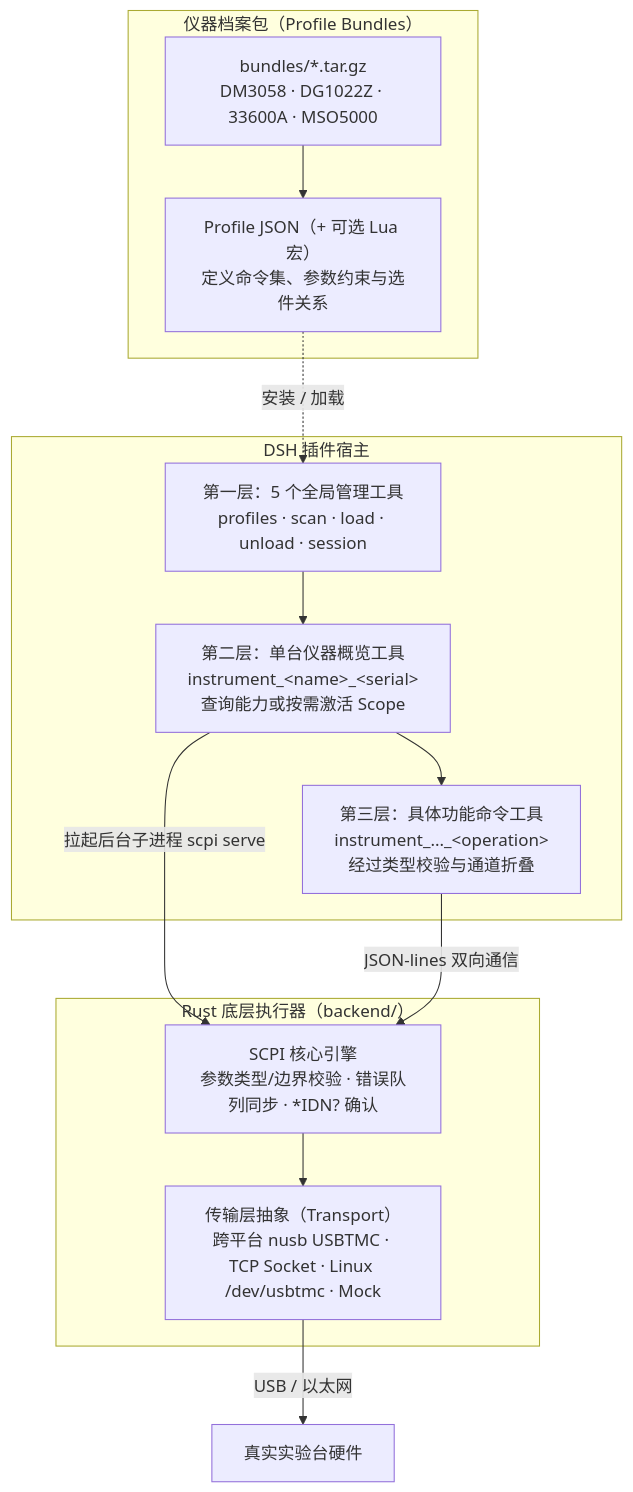
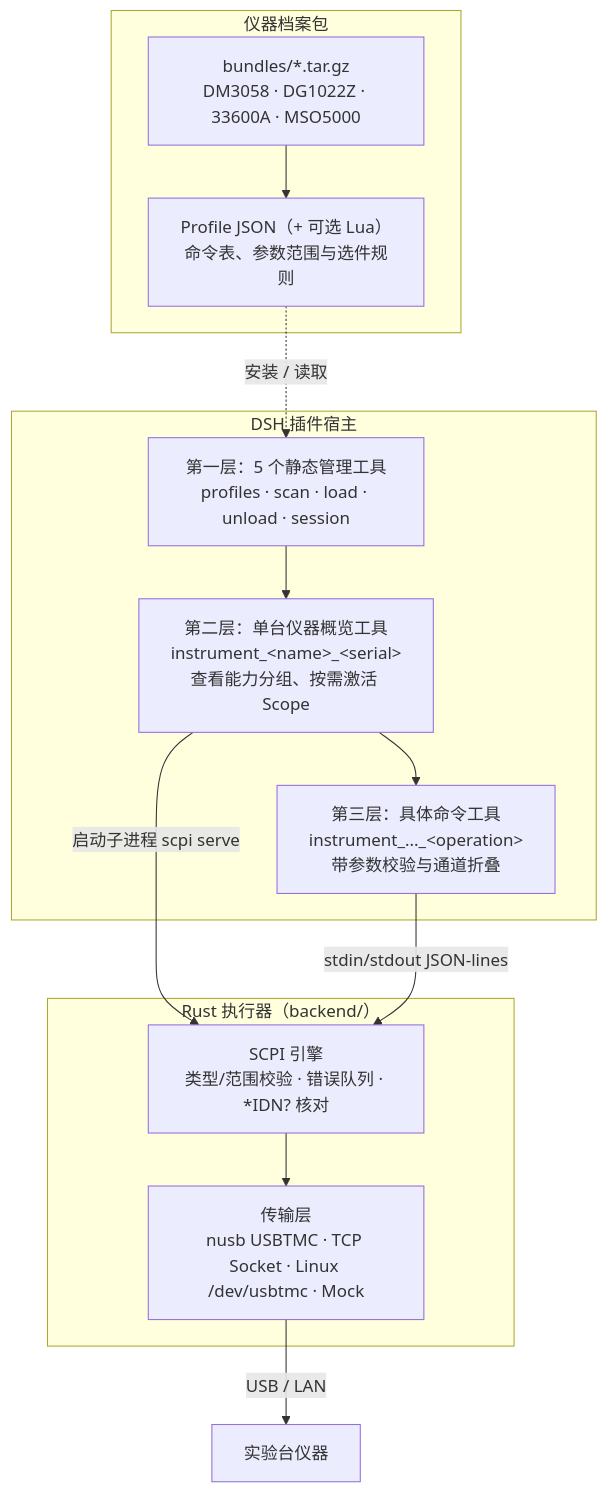
One commit to ZhiYi-R/dsh-electronic-engineering changed the diagram in README.md. Above: the diagram before and after it, drawn with Mermaid. The commit also changed other lines of this file and 25 other files, not shown here.

````diff
--- a/README.md
+++ b/README.md
@@ -66,26 +69,26 @@
 ```mermaid
 flowchart TB
   subgraph DSH["DSH 插件宿主"]
-    basic["第一层：5 个全局管理工具<br/>profiles · scan · load · unload · session"]
-    instrument["第二层：单台仪器概览工具<br/>instrument_&lt;name&gt;_&lt;serial&gt;<br/>查询能力或按需激活 Scope"]
-    tools["第三层：具体功能命令工具<br/>instrument_..._&lt;operation&gt;<br/>经过类型校验与通道折叠"]
+    basic["第一层：5 个静态管理工具<br/>profiles · scan · load · unload · session"]
+    instrument["第二层：单台仪器概览工具<br/>instrument_&lt;name&gt;_&lt;serial&gt;<br/>查看能力分组、按需激活 Scope"]
+    tools["第三层：具体命令工具<br/>instrument_..._&lt;operation&gt;<br/>带参数校验与通道折叠"]
     basic --> instrument --> tools
   end
 
-  subgraph PACK["仪器档案包（Profile Bundles）"]
+  subgraph PACK["仪器档案包"]
     bundles["bundles/*.tar.gz<br/>DM3058 · DG1022Z · 33600A · MSO5000"]
-    profiles["Profile JSON（+ 可选 Lua 宏）<br/>定义命令集、参数约束与选件关系"]
+    profiles["Profile JSON（+ 可选 Lua）<br/>命令表、参数范围与选件规则"]
     bundles --> profiles
   end
 
-  subgraph RUST["Rust 底层执行器（backend/）"]
-    engine["SCPI 核心引擎<br/>参数类型/边界校验 · 错误队列同步 · *IDN? 确认"]
-    transport["传输层抽象（Transport）<br/>跨平台 nusb USBTMC · TCP Socket · Linux /dev/usbtmc · Mock"]
+  subgraph RUST["Rust 执行器（backend/）"]
+    engine["SCPI 引擎<br/>类型/范围校验 · 错误队列 · *IDN? 核对"]
+    transport["传输层<br/>nusb USBTMC · TCP Socket · Linux /dev/usbtmc · Mock"]
     engine --> transport
   end
 
-  profiles -.->|"安装 / 加载"| basic
-  instrument -->|"拉起后台子进程 scpi serve"| engine
-  tools -->|"JSON-lines 双向通信"| engine
-  transport -->|"USB / 以太网"| hardware["真实实验台硬件"]
+  profiles -.->|"安装 / 读取"| basic
+  instrument -->|"启动子进程 scpi serve"| engine
+  tools -->|"stdin/stdout JSON-lines"| engine
+  transport -->|"USB / LAN"| hardware["实验台仪器"]
 ```
````
